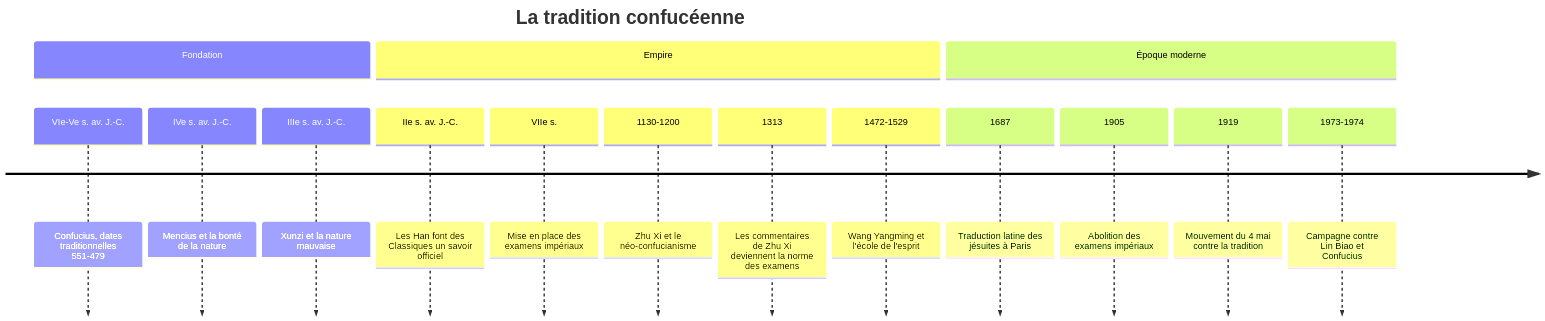
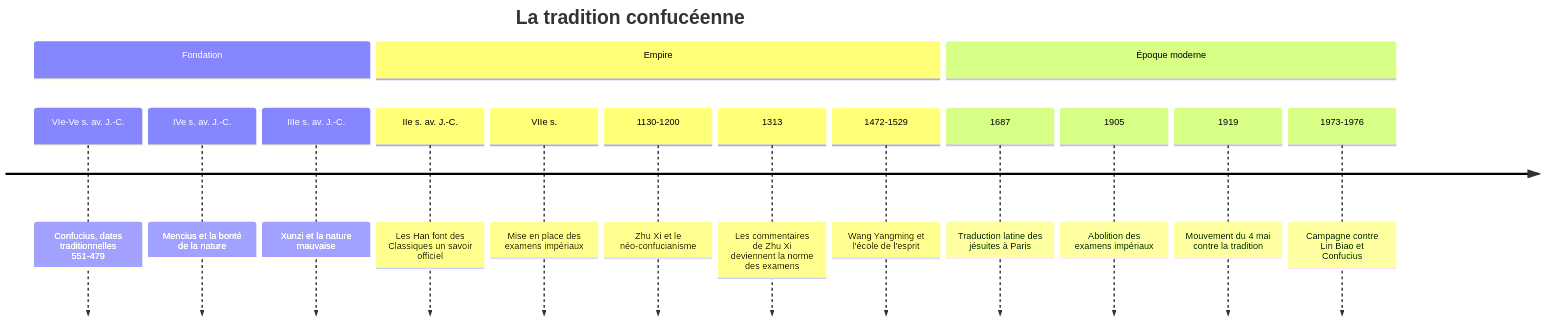
One commit to rwmicro/pensine changed the diagram in Social Sciences/Philosophy/Philosophes/Confucius.md. Above: the diagram before and after it, drawn with Mermaid. The commit also changed other lines of this file and 17 other files, not shown here.

````diff
--- a/Social Sciences/Philosophy/Philosophes/Confucius.md
+++ b/Social Sciences/Philosophy/Philosophes/Confucius.md
@@ -88,19 +88,19 @@
 ```mermaid
 timeline
     title La tradition confucéenne
     section Fondation
         VIe-Ve s. av. J.-C. : Confucius, dates traditionnelles 551-479
         IVe s. av. J.-C. : Mencius et la bonté de la nature
         IIIe s. av. J.-C. : Xunzi et la nature mauvaise
     section Empire
         IIe s. av. J.-C. : Les Han font des Classiques un savoir officiel
         VIIe s. : Mise en place des examens impériaux
         1130-1200 : Zhu Xi et le néo-confucianisme
         1313 : Les commentaires de Zhu Xi deviennent la norme des examens
         1472-1529 : Wang Yangming et l'école de l'esprit
     section Époque moderne
         1687 : Traduction latine des jésuites à Paris
         1905 : Abolition des examens impériaux
         1919 : Mouvement du 4 mai contre la tradition
-        1973-1974 : Campagne contre Lin Biao et Confucius
+        1973-1976 : Campagne contre Lin Biao et Confucius
 ```
````
